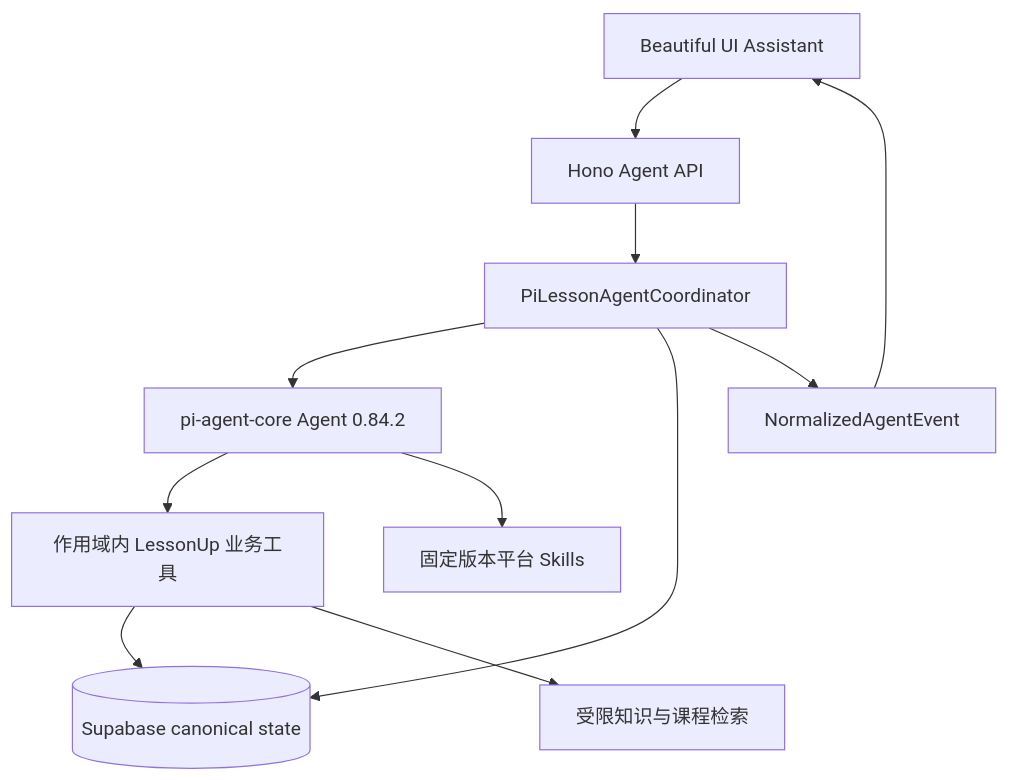
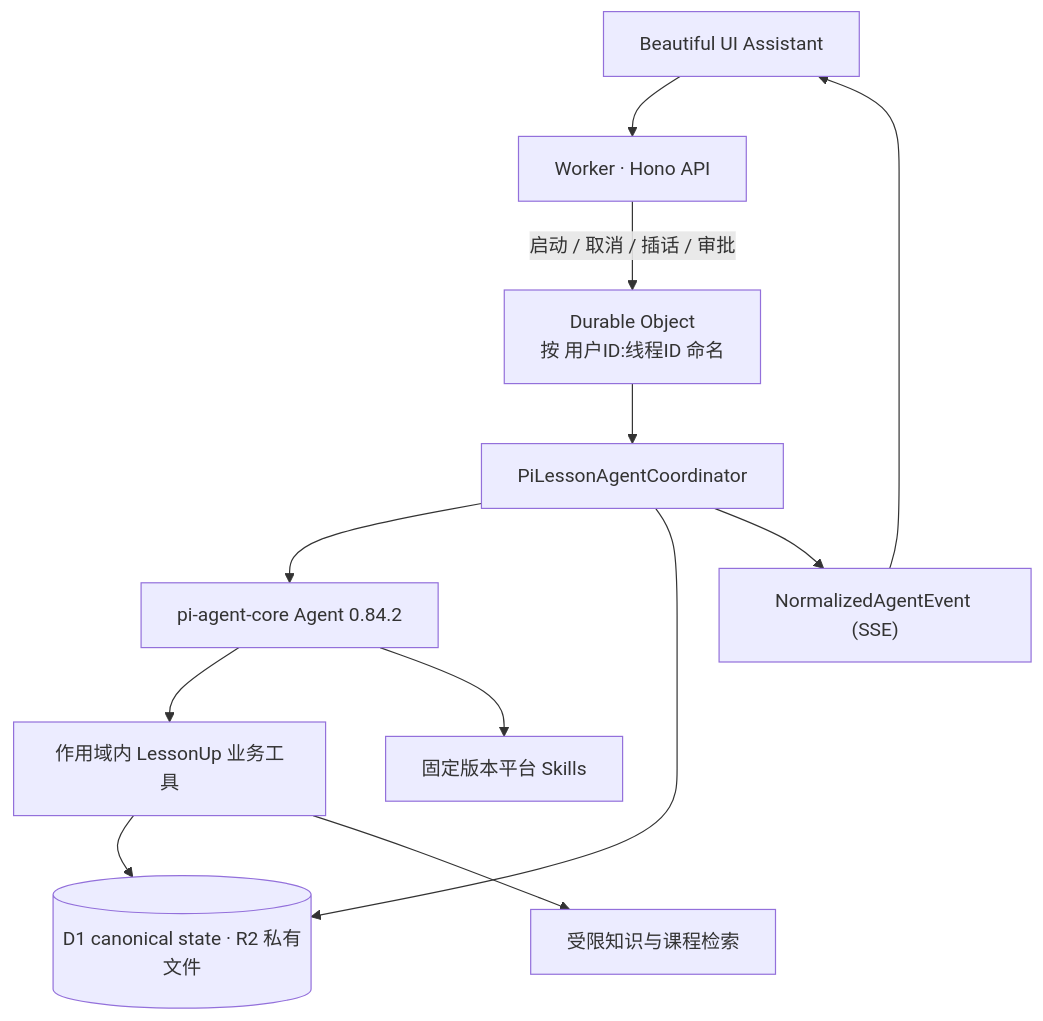
The first of 2 diagrams in docs/pi-agent-harness-migration.md (xiao-user/lessonup), drawn with Mermaid before and after one commit. The commit also changed other lines of this file and 28 other files, not shown here.

````diff
--- a/docs/pi-agent-harness-migration.md
+++ b/docs/pi-agent-harness-migration.md
@@ -17,13 +18,14 @@
 ```mermaid
 flowchart TB
-  UI["Beautiful UI Assistant"] --> API["Hono Agent API"]
-  API --> C["PiLessonAgentCoordinator"]
+  UI["Beautiful UI Assistant"] --> W["Worker · Hono API"]
+  W -->|"启动 / 取消 / 插话 / 审批"| DO["Durable Object<br/>按 用户ID:线程ID 命名"]
+  DO --> C["PiLessonAgentCoordinator"]
   C --> A["pi-agent-core Agent 0.84.2"]
   A --> T["作用域内 LessonUp 业务工具"]
   A --> S["固定版本平台 Skills"]
-  T --> DB[("Supabase canonical state")]
+  T --> DB[("D1 canonical state · R2 私有文件")]
   T --> K["受限知识与课程检索"]
   C --> DB
-  C --> E["NormalizedAgentEvent"]
+  C --> E["NormalizedAgentEvent (SSE)"]
   E --> UI
 ```
````
